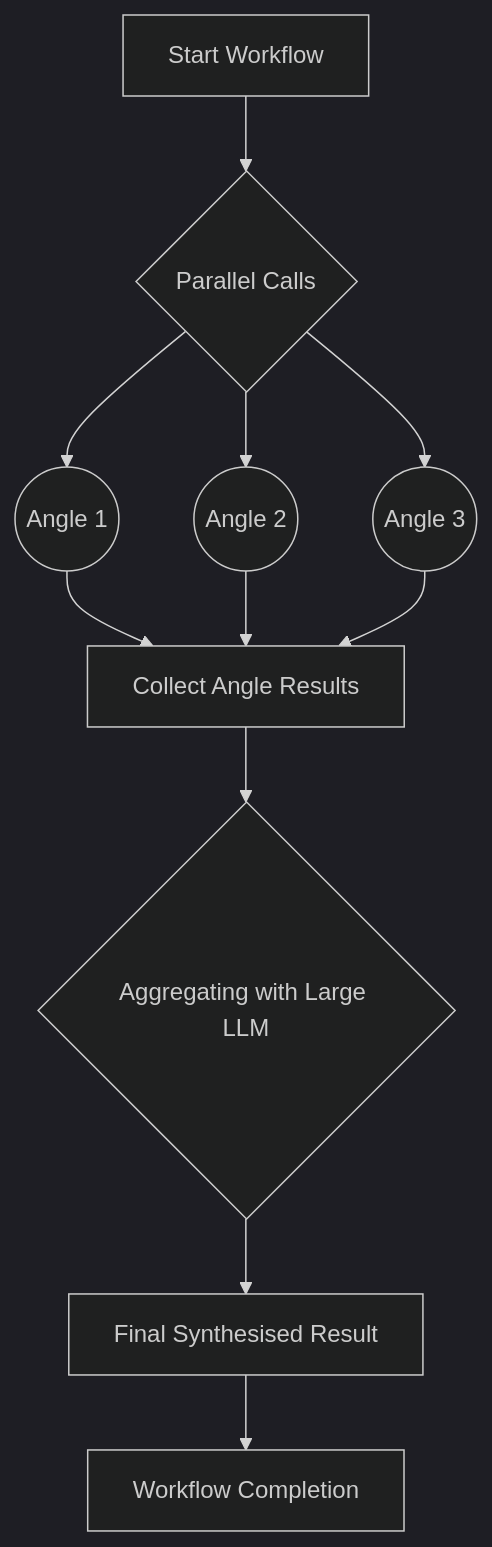
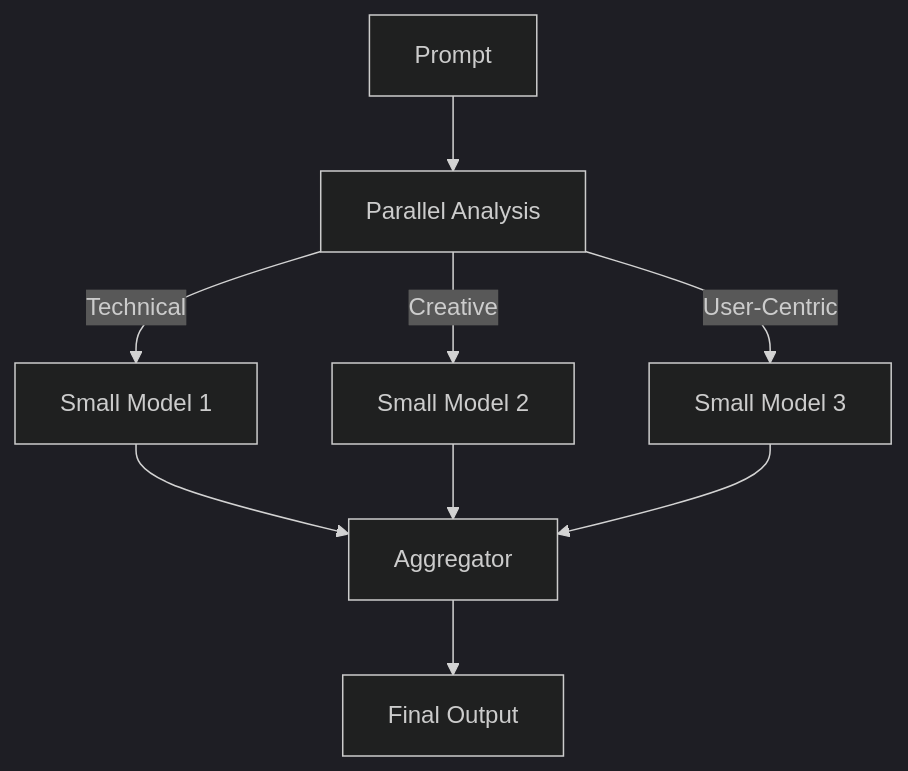
Before and after one commit to reeawnc/cloudflare: the second of 2 diagrams in apps/parallelisation/README.md, drawn with Mermaid (dark theme). The commit also changed other lines of this file and 12 other files, not shown here.

````diff
--- a/apps/parallelisation/README.md
+++ b/apps/parallelisation/README.md
@@ -135,13 +87,11 @@
 ```mermaid
-flowchart TB
-    A[Start Workflow] --> B{Parallel Calls}
-    B --> B1((Angle 1))
-    B --> B2((Angle 2))
-    B --> B3((Angle 3))
-    B1 --> C[Collect Angle Results]
-    B2 --> C
-    B3 --> C
-    C --> D{Aggregating with Large LLM}
-    D --> E[Final Synthesised Result]
-    E --> F[Workflow Completion]
+graph TD;
+    A[Prompt] --> B[Parallel Analysis]
+    B -->|Technical| C[Small Model 1]
+    B -->|Creative| D[Small Model 2]
+    B -->|User-Centric| E[Small Model 3]
+    C --> F[Aggregator]
+    D --> F
+    E --> F
+    F --> G[Final Output]
 ```
````
